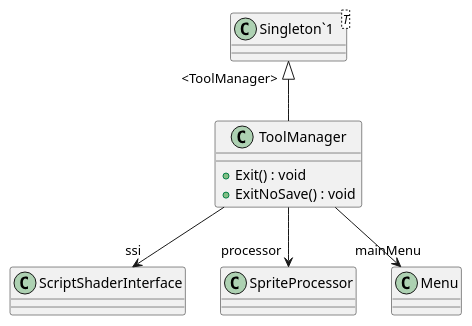
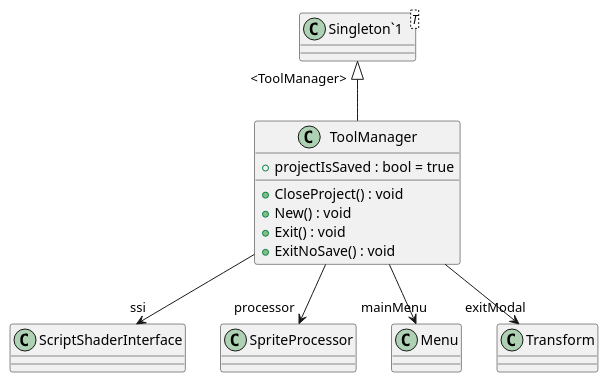
The diagram in UML/Assets/Scripts/ToolManager.puml (streepje8/ToolDev2023), drawn with PlantUML before and after one commit. The commit also changed 3 other files, not shown here.

Commit message:
Generate UML (Generate UML)

```diff
--- a/UML/Assets/Scripts/ToolManager.puml
+++ b/UML/Assets/Scripts/ToolManager.puml
@@ -1,12 +1,16 @@
 @startuml
 class ToolManager {
+    + projectIsSaved : bool = true
+    + CloseProject() : void
+    + New() : void
     + Exit() : void
     + ExitNoSave() : void
 }
 class "Singleton`1"<T> {
 }
 "Singleton`1" "<ToolManager>" <|-- ToolManager
 ToolManager --> "ssi" ScriptShaderInterface
 ToolManager --> "processor" SpriteProcessor
 ToolManager --> "mainMenu" Menu
+ToolManager --> "exitModal" Transform
 @enduml
```
